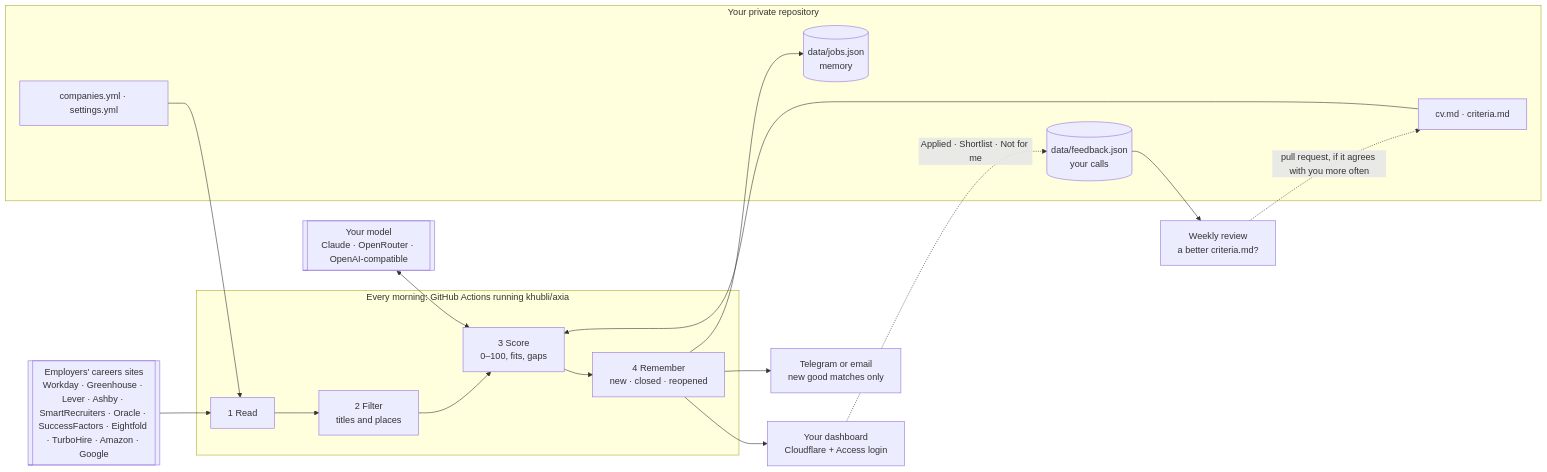
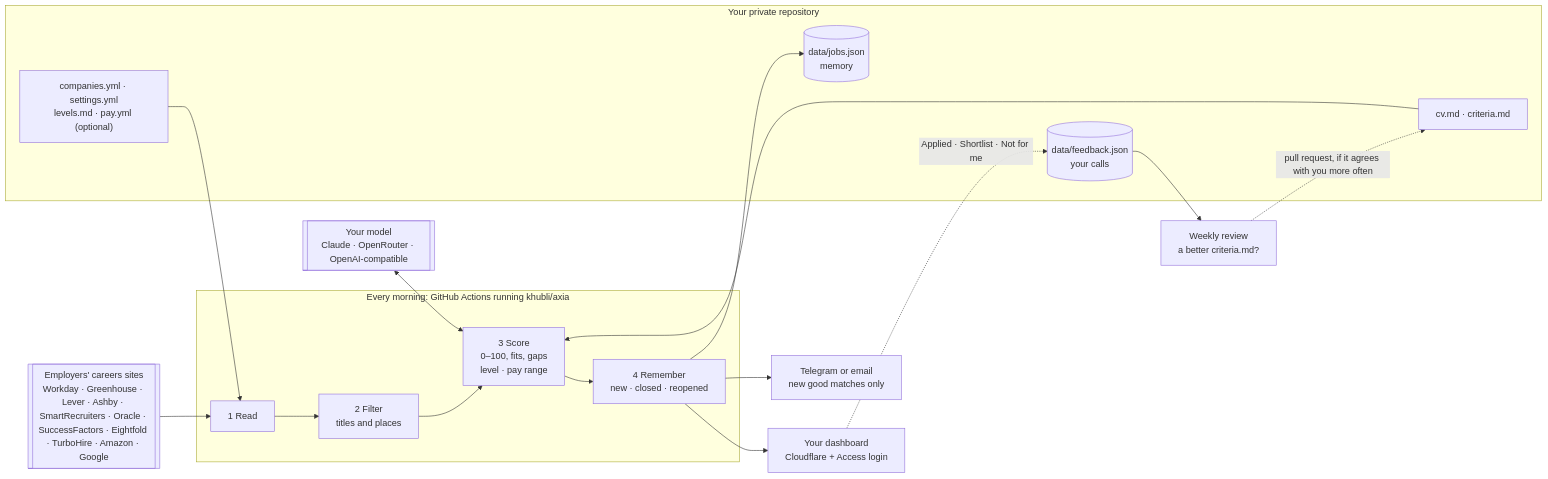
One commit to khubli/axia changed the diagram in docs/how-it-works.md. Above: the diagram before and after it, drawn with Mermaid. The commit also changed 14 other files, not shown here.

````diff
--- a/docs/how-it-works.md
+++ b/docs/how-it-works.md
@@ -5,24 +5,24 @@
 ```mermaid
 flowchart LR
   subgraph you["Your private repository"]
-    cfg["companies.yml · settings.yml"]
+    cfg["companies.yml · settings.yml<br/>levels.md · pay.yml (optional)"]
     cv["cv.md · criteria.md"]
     mem[("data/jobs.json<br/>memory")]
     fb[("data/feedback.json<br/>your calls")]
   end
   sites[["Employers' careers sites<br/>Workday · Greenhouse · Lever · Ashby · SmartRecruiters · Oracle · SuccessFactors · Eightfold · TurboHire · Amazon · Google"]]
   model[["Your model<br/>Claude · OpenRouter · OpenAI-compatible"]]
   subgraph run["Every morning: GitHub Actions running khubli/axia"]
-    read["1 Read"] --> filter["2 Filter<br/>titles and places"] --> score["3 Score<br/>0–100, fits, gaps"] --> remember["4 Remember<br/>new · closed · reopened"]
+    read["1 Read"] --> filter["2 Filter<br/>titles and places"] --> score["3 Score<br/>0–100, fits, gaps<br/>level · pay range"] --> remember["4 Remember<br/>new · closed · reopened"]
   end
   cfg --> read
   sites --> read
   cv --> score
   model <--> score
   remember --> mem
   remember --> dash["Your dashboard<br/>Cloudflare + Access login"]
   remember --> msg["Telegram or email<br/>new good matches only"]
   dash -. "Applied · Shortlist · Not for me" .-> fb
   fb --> review["Weekly review<br/>a better criteria.md?"]
   review -. "pull request, if it agrees with you more often" .-> cv
 ```
````
